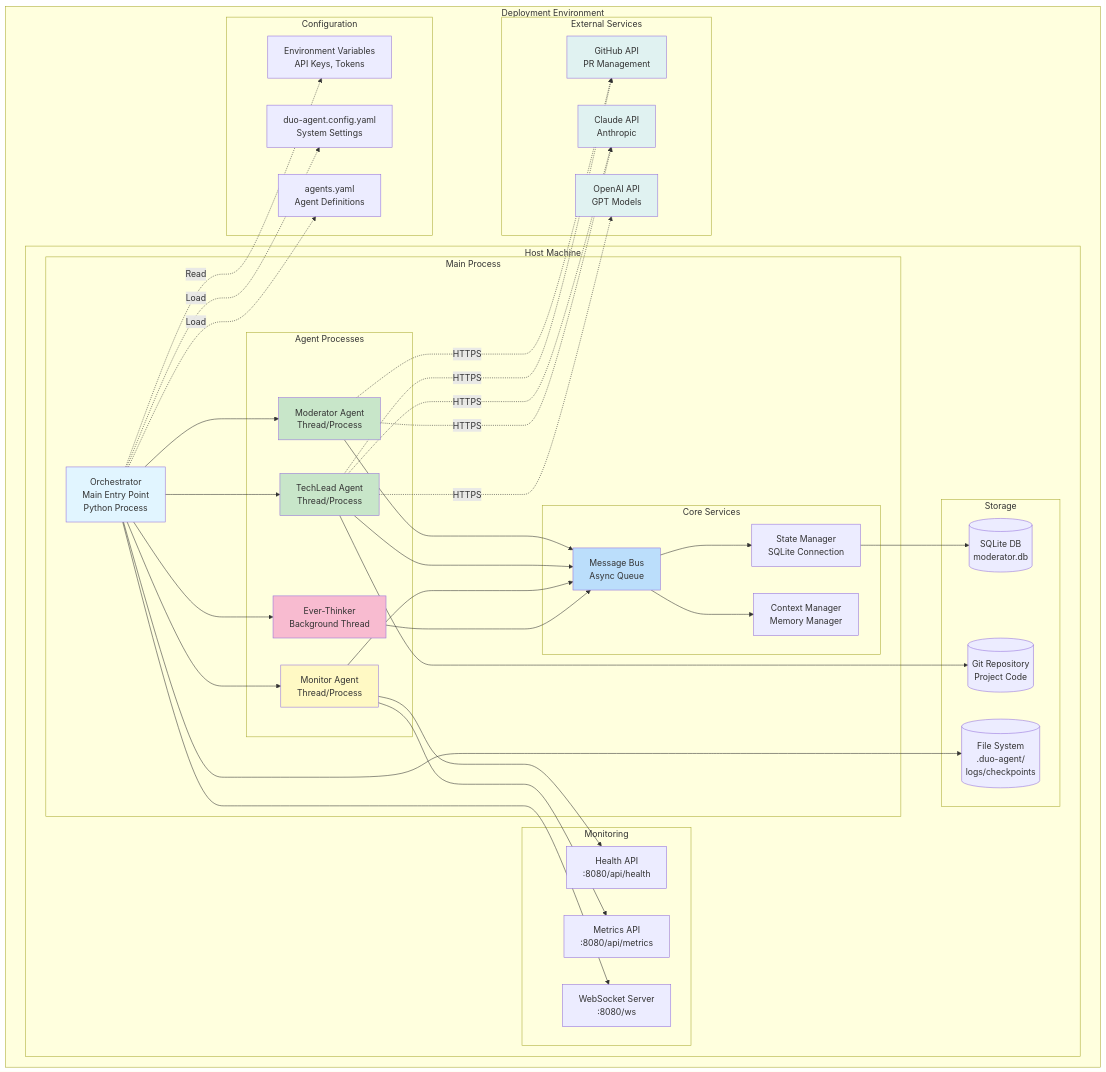
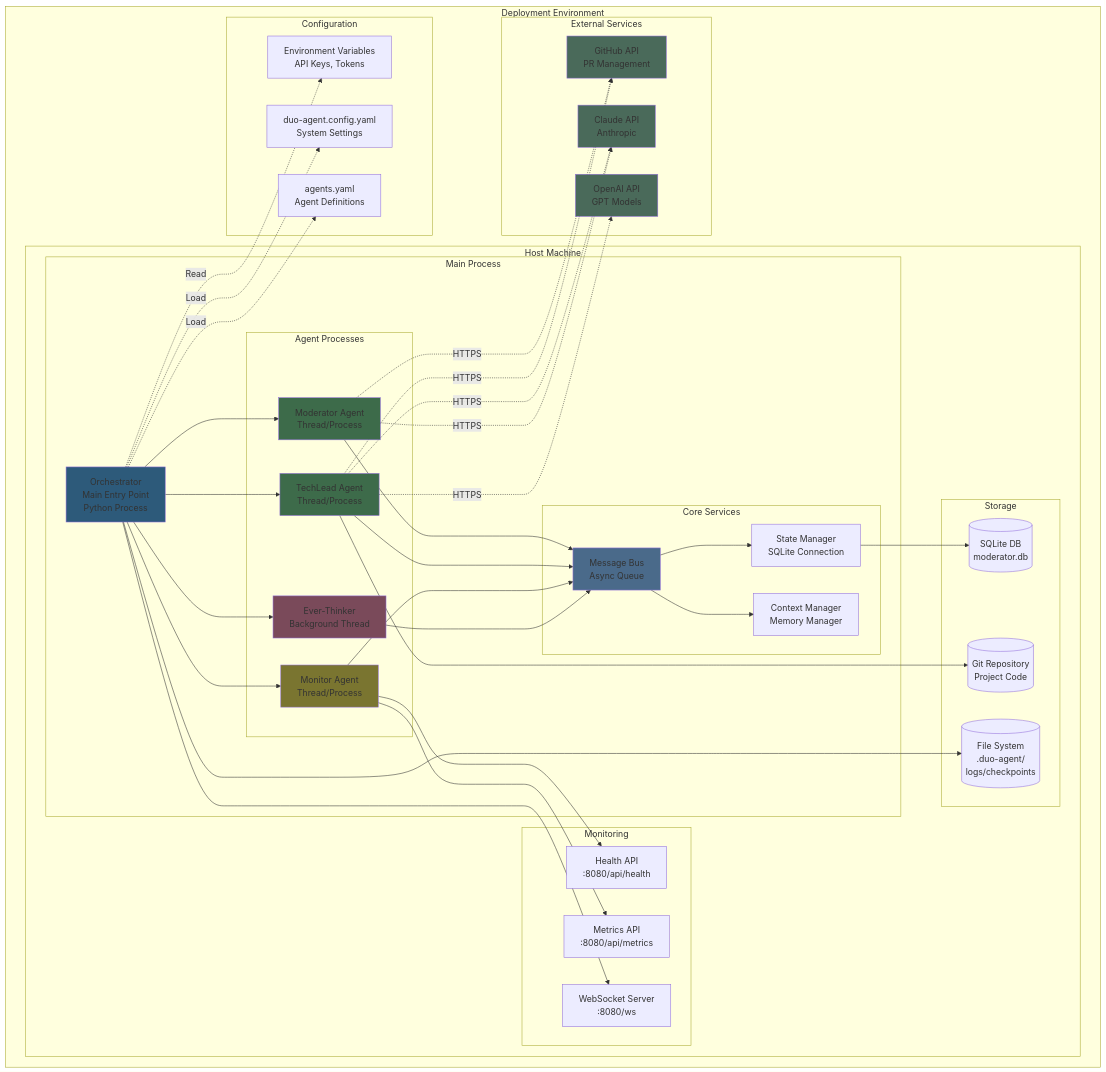
One commit to thamam/moderator changed the diagram in docs/diagrams/system-deployment-architecture.md. Above: the diagram before and after it, drawn with Mermaid. The commit also changed 11 other files, not shown here.

Commit message:
chagned diagrams colors

````diff
--- a/docs/diagrams/system-deployment-architecture.md
+++ b/docs/diagrams/system-deployment-architecture.md
@@ -87,13 +87,13 @@
     Orchestrator -.->|Load| AgentsConfig
     Orchestrator -.->|Read| EnvVars
 
-    style Orchestrator fill:#e1f5ff
-    style Moderator fill:#c8e6c9
-    style TechLead fill:#c8e6c9
-    style Monitor fill:#fff9c4
-    style EverThinker fill:#f8bbd0
-    style MessageBus fill:#bbdefb
-    style GitHub fill:#e0f2f1
-    style ClaudeAPI fill:#e0f2f1
-    style OpenAI fill:#e0f2f1
+    style Orchestrator fill:#2d5a7a
+    style Moderator fill:#3d6b4a
+    style TechLead fill:#3d6b4a
+    style Monitor fill:#7a7530
+    style EverThinker fill:#7a4a5a
+    style MessageBus fill:#4a6a8a
+    style GitHub fill:#4a6a5a
+    style ClaudeAPI fill:#4a6a5a
+    style OpenAI fill:#4a6a5a
 ```
````
